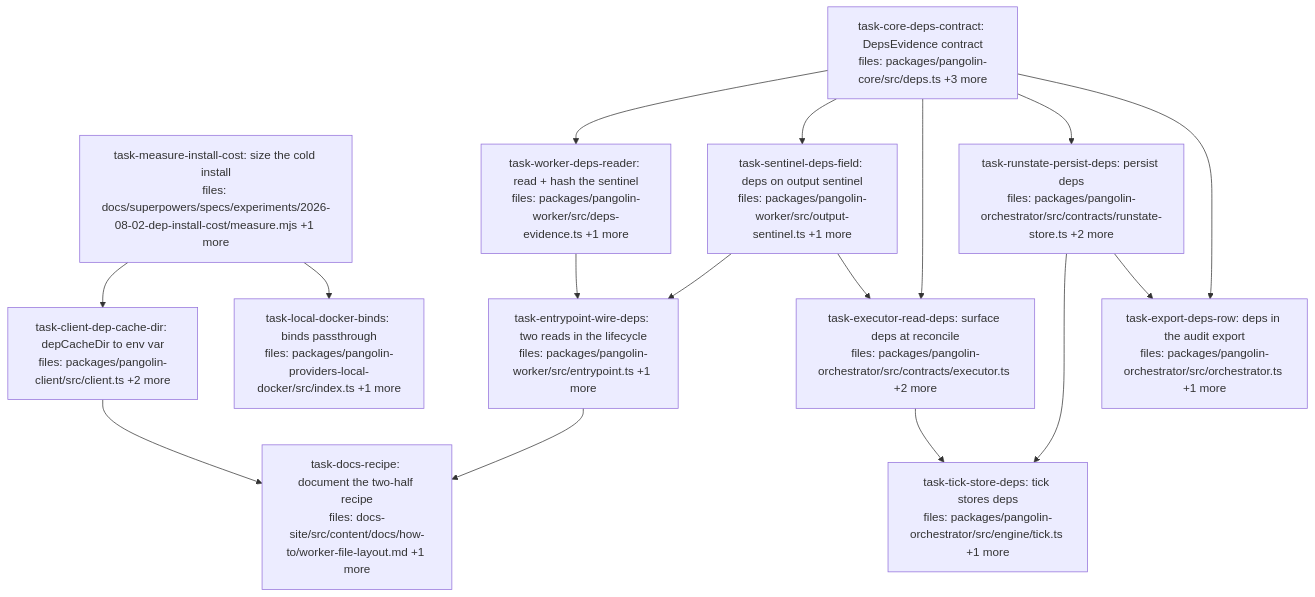
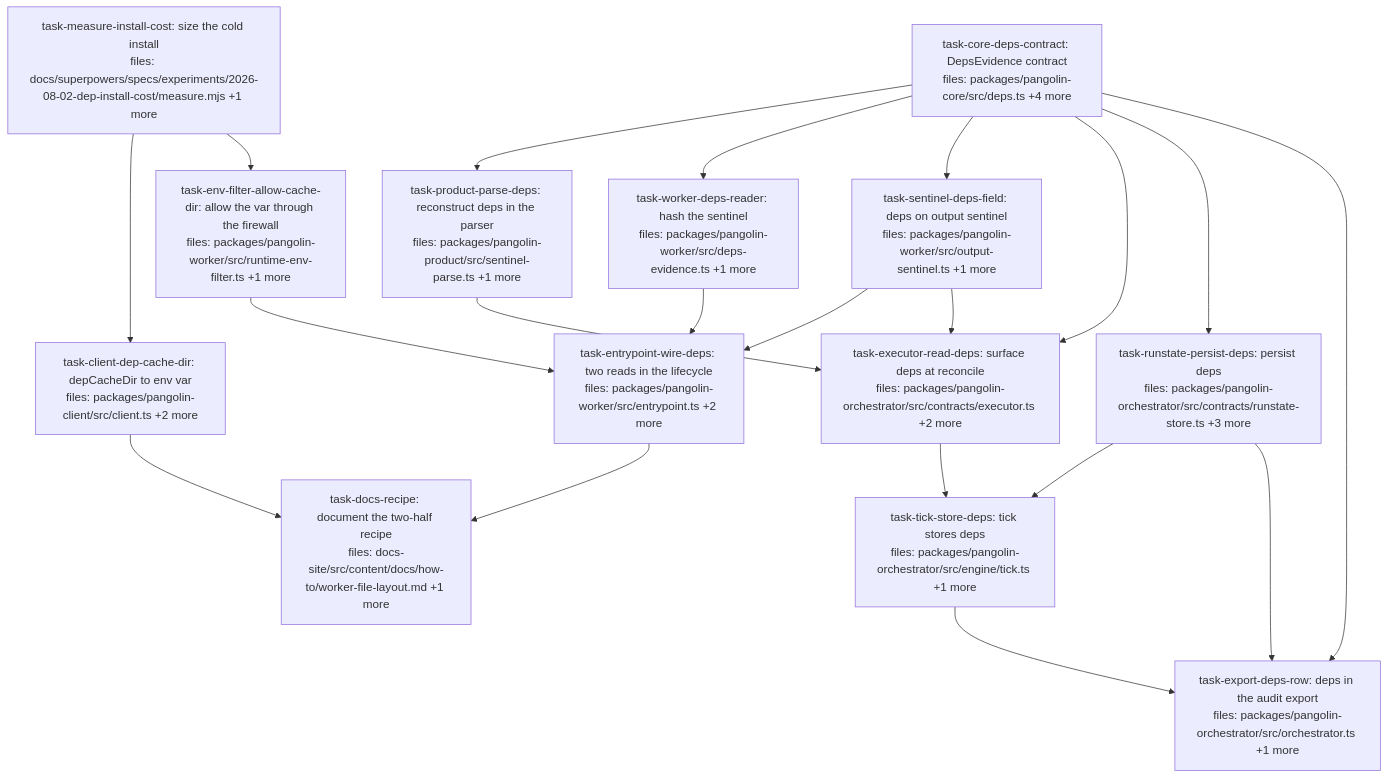
Before and after one commit to QuarrySystems/pangolin: the diagram in docs/superpowers/plans/2026-08-02-dependency-cache-and-evidence-dag.md, drawn with Mermaid. The commit also changed other lines of this file and 1 other file, not shown here.

First line of the commit message:
docs(plan): apply gate-2 joint resolutions A-I; drop the redundant binds task

````diff
--- a/docs/superpowers/plans/2026-08-02-dependency-cache-and-evidence-dag.md
+++ b/docs/superpowers/plans/2026-08-02-dependency-cache-and-evidence-dag.md
@@ -9,37 +9,42 @@
 ```mermaid
 flowchart TD
     task-measure-install-cost["task-measure-install-cost: size the cold install<br/>files: docs/superpowers/specs/experiments/2026-08-02-dep-install-cost/measure.mjs +1 more"]
-    task-core-deps-contract["task-core-deps-contract: DepsEvidence contract<br/>files: packages/pangolin-core/src/deps.ts +3 more"]
+    task-core-deps-contract["task-core-deps-contract: DepsEvidence contract<br/>files: packages/pangolin-core/src/deps.ts +4 more"]
+    task-product-parse-deps["task-product-parse-deps: reconstruct deps in the parser<br/>files: packages/pangolin-product/src/sentinel-parse.ts +1 more"]
     task-client-dep-cache-dir["task-client-dep-cache-dir: depCacheDir to env var<br/>files: packages/pangolin-client/src/client.ts +2 more"]
-    task-local-docker-binds["task-local-docker-binds: binds passthrough<br/>files: packages/pangolin-providers-local-docker/src/index.ts +1 more"]
-    task-worker-deps-reader["task-worker-deps-reader: read + hash the sentinel<br/>files: packages/pangolin-worker/src/deps-evidence.ts +1 more"]
+    task-env-filter-allow-cache-dir["task-env-filter-allow-cache-dir: allow the var through the firewall<br/>files: packages/pangolin-worker/src/runtime-env-filter.ts +1 more"]
+    task-worker-deps-reader["task-worker-deps-reader: hash the sentinel<br/>files: packages/pangolin-worker/src/deps-evidence.ts +1 more"]
     task-sentinel-deps-field["task-sentinel-deps-field: deps on output sentinel<br/>files: packages/pangolin-worker/src/output-sentinel.ts +1 more"]
-    task-entrypoint-wire-deps["task-entrypoint-wire-deps: two reads in the lifecycle<br/>files: packages/pangolin-worker/src/entrypoint.ts +1 more"]
+    task-entrypoint-wire-deps["task-entrypoint-wire-deps: two reads in the lifecycle<br/>files: packages/pangolin-worker/src/entrypoint.ts +2 more"]
     task-executor-read-deps["task-executor-read-deps: surface deps at reconcile<br/>files: packages/pangolin-orchestrator/src/contracts/executor.ts +2 more"]
-    task-runstate-persist-deps["task-runstate-persist-deps: persist deps<br/>files: packages/pangolin-orchestrator/src/contracts/runstate-store.ts +2 more"]
+    task-runstate-persist-deps["task-runstate-persist-deps: persist deps<br/>files: packages/pangolin-orchestrator/src/contracts/runstate-store.ts +3 more"]
     task-tick-store-deps["task-tick-store-deps: tick stores deps<br/>files: packages/pangolin-orchestrator/src/engine/tick.ts +1 more"]
     task-export-deps-row["task-export-deps-row: deps in the audit export<br/>files: packages/pangolin-orchestrator/src/orchestrator.ts +1 more"]
     task-docs-recipe["task-docs-recipe: document the two-half recipe<br/>files: docs-site/src/content/docs/how-to/worker-file-layout.md +1 more"]
 
     task-measure-install-cost --> task-client-dep-cache-dir
-    task-measure-install-cost --> task-local-docker-binds
+    task-measure-install-cost --> task-env-filter-allow-cache-dir
+    task-core-deps-contract --> task-product-parse-deps
     task-core-deps-contract --> task-worker-deps-reader
     task-core-deps-contract --> task-sentinel-deps-field
     task-core-deps-contract --> task-executor-read-deps
     task-core-deps-contract --> task-runstate-persist-deps
     task-core-deps-contract --> task-export-deps-row
+    task-product-parse-deps --> task-executor-read-deps
     task-worker-deps-reader --> task-entrypoint-wire-deps
     task-sentinel-deps-field --> task-entrypoint-wire-deps
     task-sentinel-deps-field --> task-executor-read-deps
+    task-env-filter-allow-cache-dir --> task-entrypoint-wire-deps
     task-executor-read-deps --> task-tick-store-deps
     task-runstate-persist-deps --> task-tick-store-deps
     task-runstate-persist-deps --> task-export-deps-row
+    task-tick-store-deps --> task-export-deps-row
     task-client-dep-cache-dir --> task-docs-recipe
     task-entrypoint-wire-deps --> task-docs-recipe
 
     classDef done fill:#90ee90,stroke:#333
     classDef ready fill:#fffacd,stroke:#333
     classDef running fill:#87ceeb,stroke:#333
     classDef failed fill:#ffb6c1,stroke:#333
     classDef skipped fill:#d3d3d3,stroke:#333,stroke-dasharray: 5 5
 ```
````
